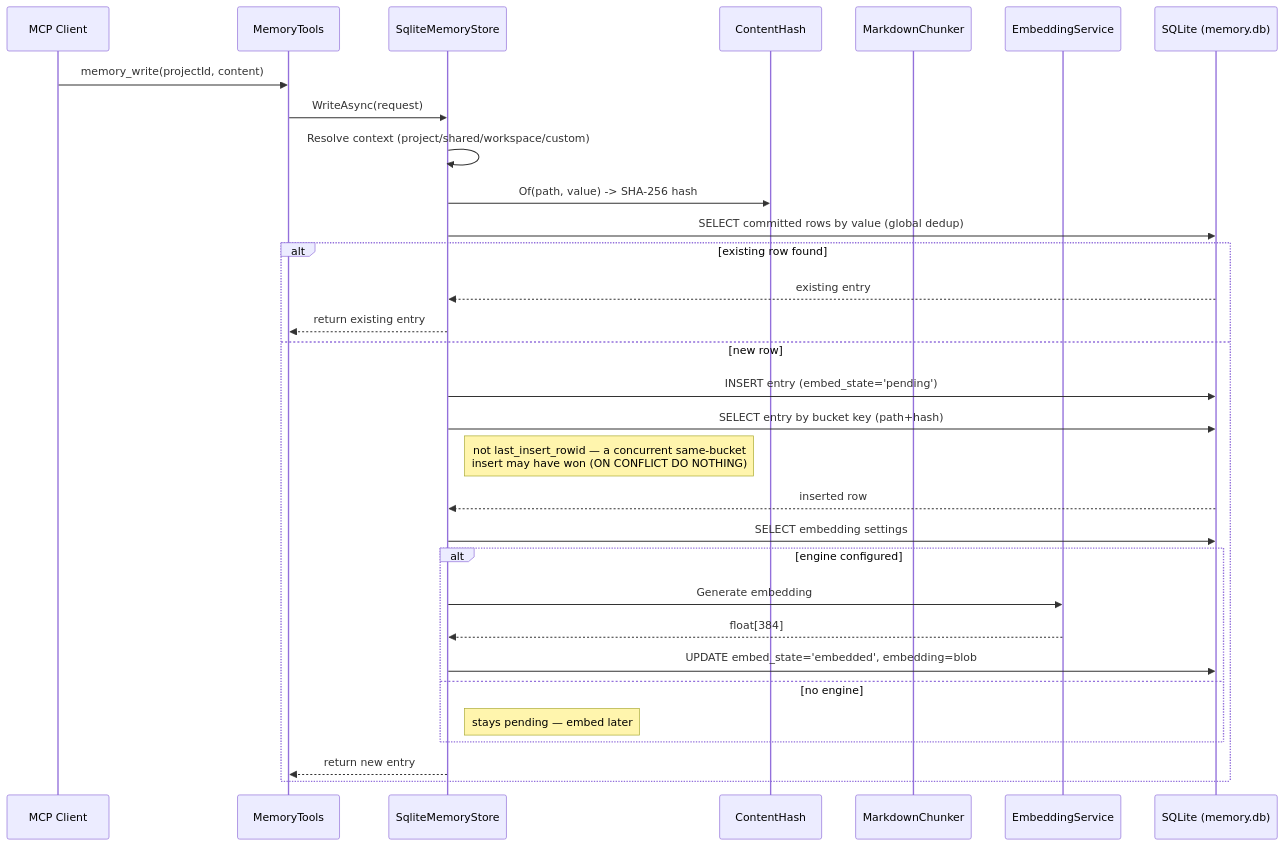
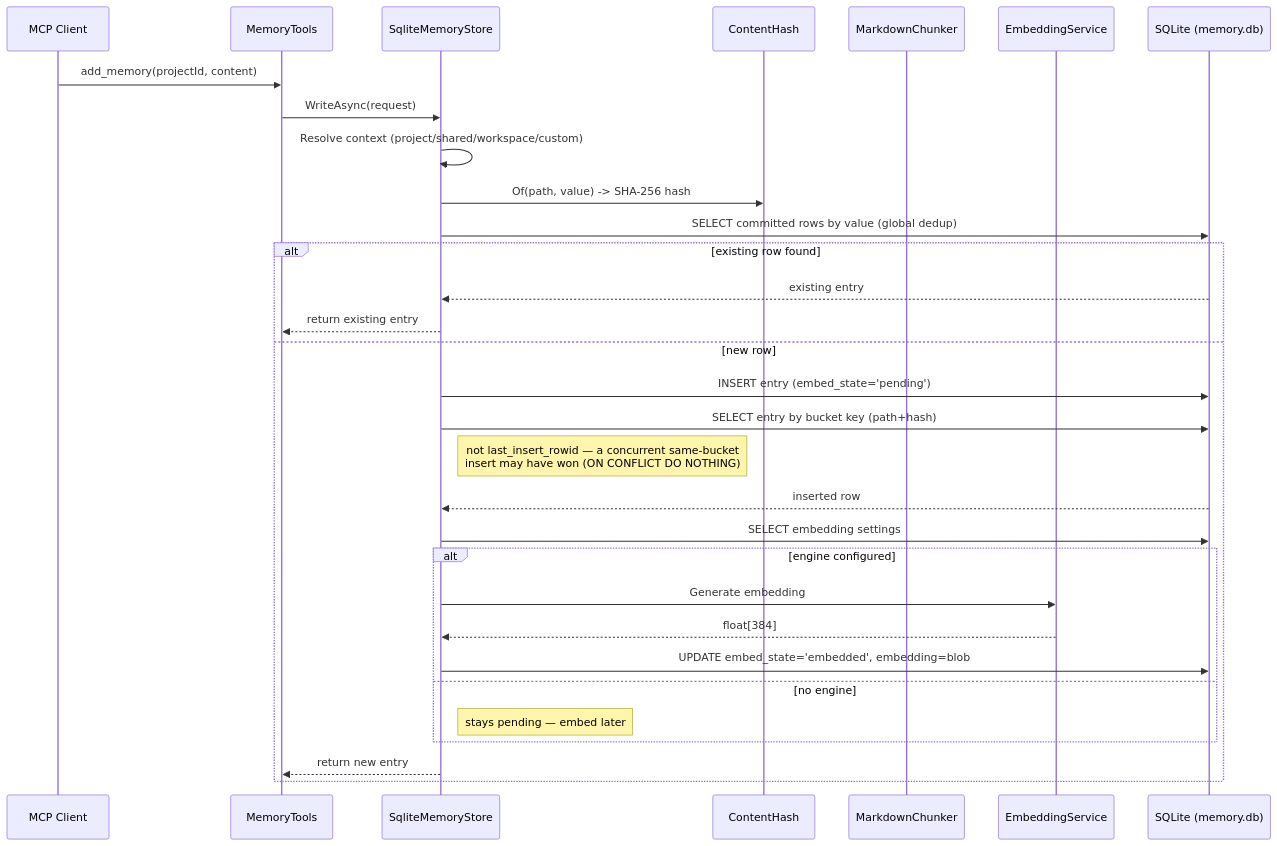
The second of 7 diagrams in docs/explanation/architecture.md (Arasz/ai-raccoon), drawn with Mermaid before and after one commit. The commit also changed other lines of this file and 229 other files, not shown here.

````diff
--- a/docs/explanation/architecture.md
+++ b/docs/explanation/architecture.md
@@ -327,34 +327,34 @@
 ```mermaid
 sequenceDiagram
     participant C as MCP Client
     participant M as MemoryTools
     participant S as SqliteMemoryStore
     participant H as ContentHash
     participant K as MarkdownChunker
     participant E as EmbeddingService
     participant D as SQLite (memory.db)
 
-    C->>M: memory_write(projectId, content)
+    C->>M: add_memory(projectId, content)
     M->>S: WriteAsync(request)
     S->>S: Resolve context (project/shared/workspace/custom)
     S->>H: Of(path, value) -> SHA-256 hash
     S->>D: SELECT committed rows by value (global dedup)
     alt existing row found
         D-->>S: existing entry
         S-->>M: return existing entry
     else new row
         S->>D: INSERT entry (embed_state='pending')
         S->>D: SELECT entry by bucket key (path+hash)
         Note right of S: not last_insert_rowid — a concurrent same-bucket<br/>insert may have won (ON CONFLICT DO NOTHING)
         D-->>S: inserted row
         S->>D: SELECT embedding settings
         alt engine configured
             S->>E: Generate embedding
             E-->>S: float[384]
             S->>D: UPDATE embed_state='embedded', embedding=blob
         else no engine
             Note right of S: stays pending — embed later
         end
         S-->>M: return new entry
     end
 ```
````
